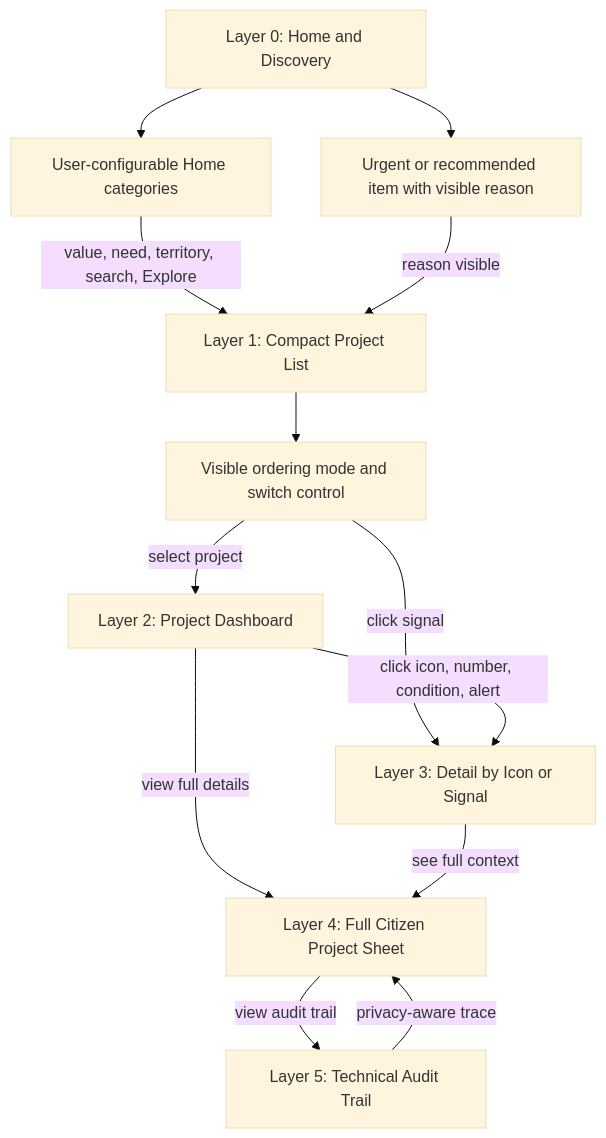
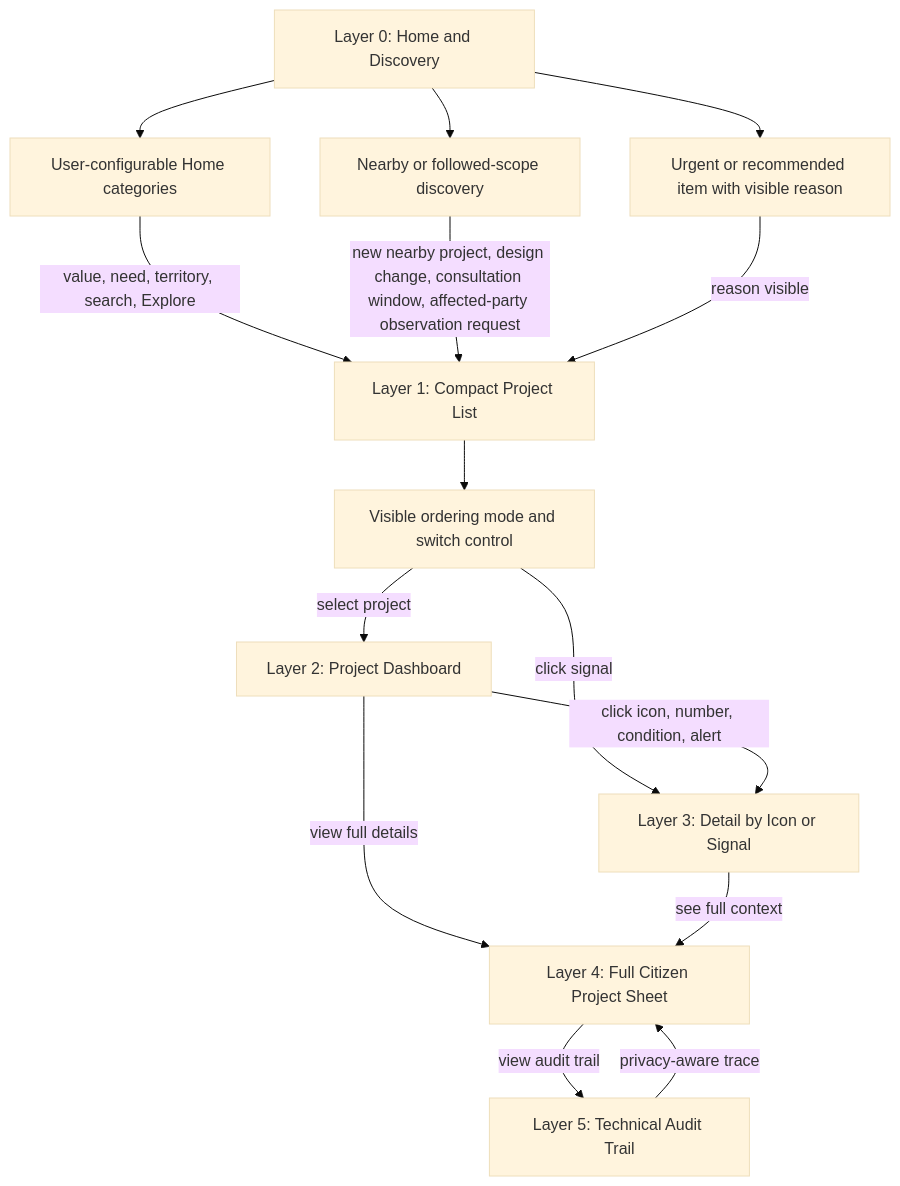
Before and after one commit to moffermann/distributed-governance-research: the diagram in docs/diagrams/v0-citizen-navigation-layers.md, drawn with Mermaid (base theme). The commit also changed other lines of this file and 24 other files, not shown here.

````diff
--- a/docs/diagrams/v0-citizen-navigation-layers.md
+++ b/docs/diagrams/v0-citizen-navigation-layers.md
@@ -9,25 +9,28 @@
 ```mermaid
 flowchart TD
     L0[Layer 0: Home and Discovery]
     HC[User-configurable Home categories]
+    NS[Nearby or followed-scope discovery]
     UR[Urgent or recommended item with visible reason]
     L1[Layer 1: Compact Project List]
     OM[Visible ordering mode and switch control]
     L2[Layer 2: Project Dashboard]
     L3[Layer 3: Detail by Icon or Signal]
     L4[Layer 4: Full Citizen Project Sheet]
     L5[Layer 5: Technical Audit Trail]
 
     L0 --> HC
+    L0 --> NS
     L0 --> UR
     HC -->|value, need, territory, search, Explore| L1
+    NS -->|new nearby project, design change, consultation window, affected-party observation request| L1
     UR -->|reason visible| L1
     L1 --> OM
     OM -->|select project| L2
     OM -->|click signal| L3
     L2 -->|click icon, number, condition, alert| L3
     L2 -->|view full details| L4
     L3 -->|see full context| L4
     L4 -->|view audit trail| L5
     L5 -->|privacy-aware trace| L4
 ```
````
